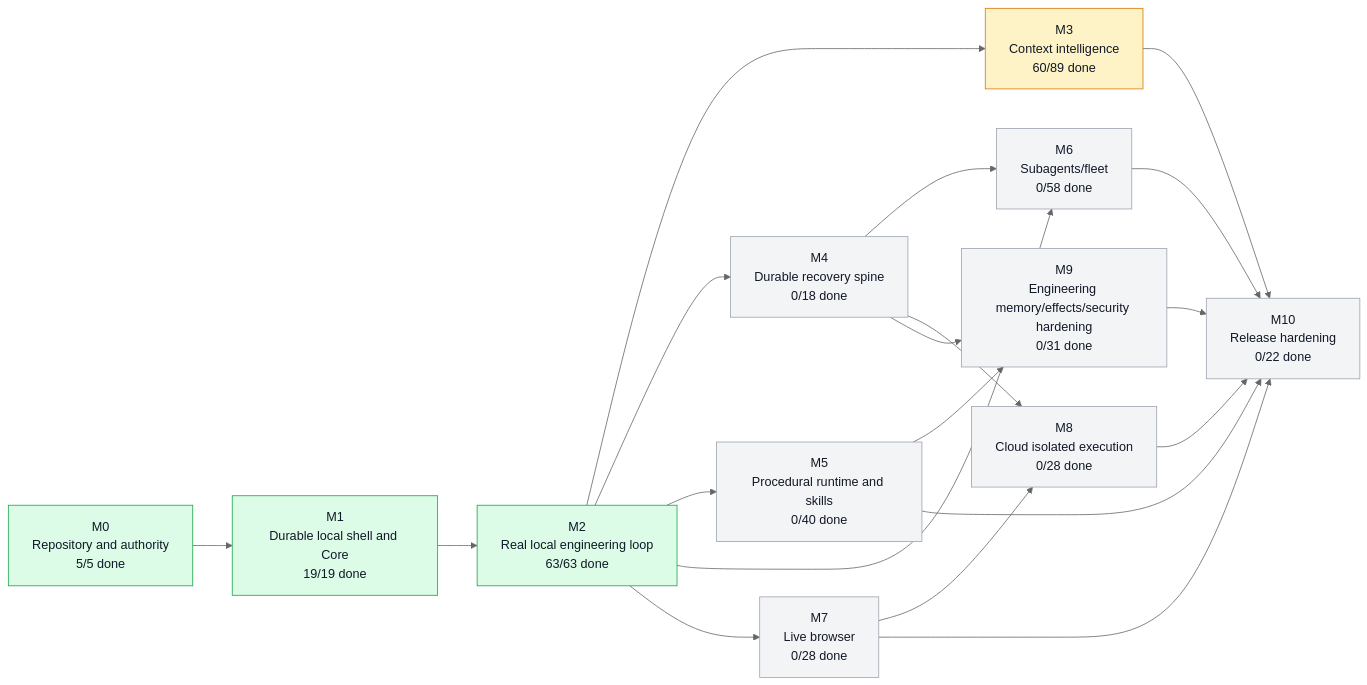
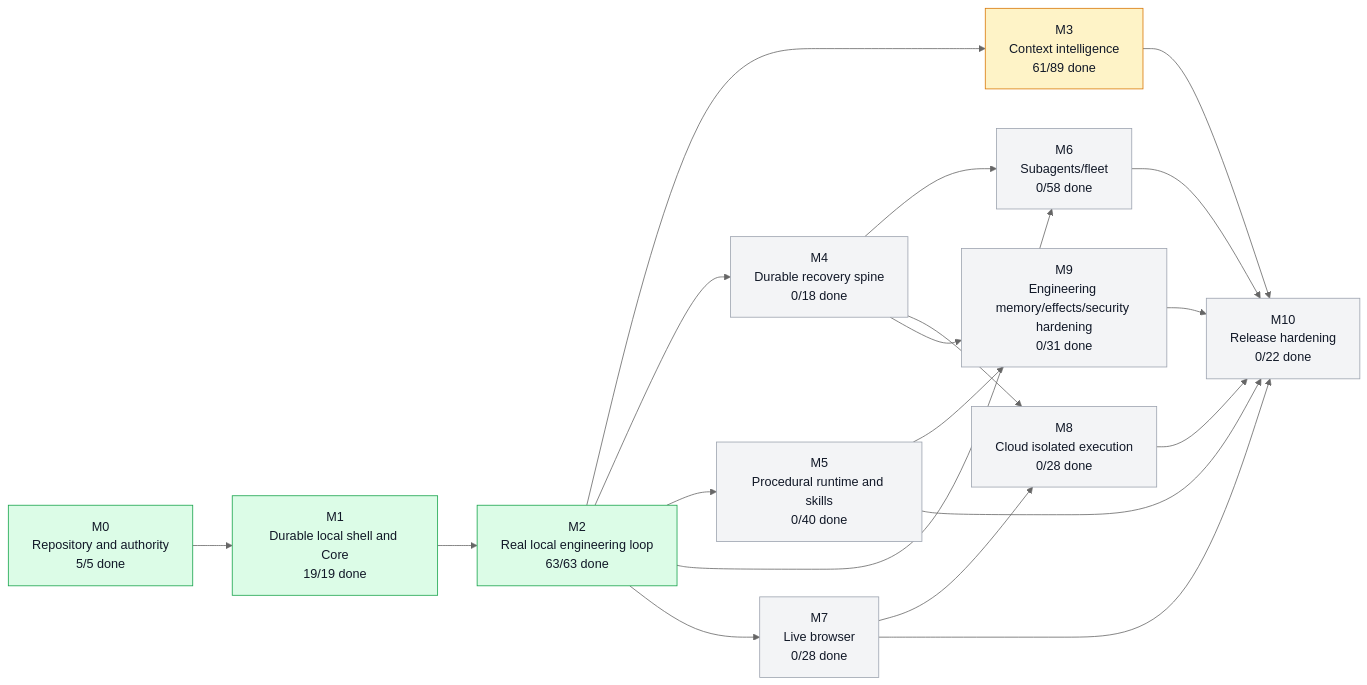
One commit to moss101/modbit changed the first of 5 diagrams in graph/PROJECT_GRAPH.md. Above: the diagram before and after it, drawn with Mermaid (neutral theme). The commit also changed other lines of this file and 20 other files, not shown here.

````diff
--- a/graph/PROJECT_GRAPH.md
+++ b/graph/PROJECT_GRAPH.md
@@ -57,43 +57,43 @@
 ```mermaid
 flowchart LR
   M0["M0<br/>Repository and authority<br/>5/5 done"]
   M1["M1<br/>Durable local shell and Core<br/>19/19 done"]
   M2["M2<br/>Real local engineering loop<br/>63/63 done"]
-  M3["M3<br/>Context intelligence<br/>60/89 done"]
+  M3["M3<br/>Context intelligence<br/>61/89 done"]
   M4["M4<br/>Durable recovery spine<br/>0/18 done"]
   M5["M5<br/>Procedural runtime and skills<br/>0/40 done"]
   M6["M6<br/>Subagents/fleet<br/>0/58 done"]
   M7["M7<br/>Live browser<br/>0/28 done"]
   M8["M8<br/>Cloud isolated execution<br/>0/28 done"]
   M9["M9<br/>Engineering memory/effects/security hardening<br/>0/31 done"]
   M10["M10<br/>Release hardening<br/>0/22 done"]
   M0 --> M1
   M1 --> M2
   M2 --> M3
   M2 --> M4
   M2 --> M5
   M2 --> M6
   M4 --> M6
   M2 --> M7
   M4 --> M8
   M7 --> M8
   M4 --> M9
   M5 --> M9
   M3 --> M10
   M5 --> M10
   M6 --> M10
   M7 --> M10
   M8 --> M10
   M9 --> M10
   style M0 fill:#dcfce7,stroke:#16a34a,color:#111827
   style M1 fill:#dcfce7,stroke:#16a34a,color:#111827
   style M2 fill:#dcfce7,stroke:#16a34a,color:#111827
   style M3 fill:#fef3c7,stroke:#d97706,color:#111827
   style M4 fill:#f3f4f6,stroke:#9ca3af,color:#111827
   style M5 fill:#f3f4f6,stroke:#9ca3af,color:#111827
   style M6 fill:#f3f4f6,stroke:#9ca3af,color:#111827
   style M7 fill:#f3f4f6,stroke:#9ca3af,color:#111827
   style M8 fill:#f3f4f6,stroke:#9ca3af,color:#111827
   style M9 fill:#f3f4f6,stroke:#9ca3af,color:#111827
   style M10 fill:#f3f4f6,stroke:#9ca3af,color:#111827
 ```
````
